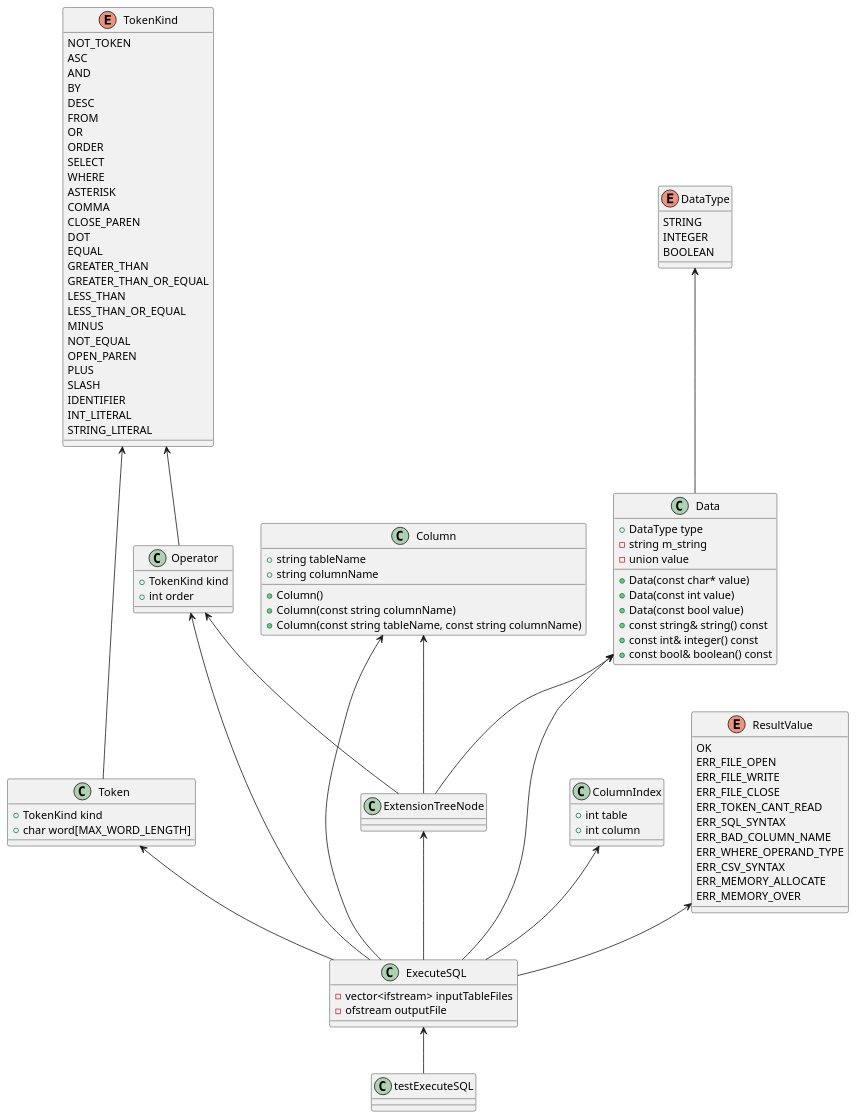
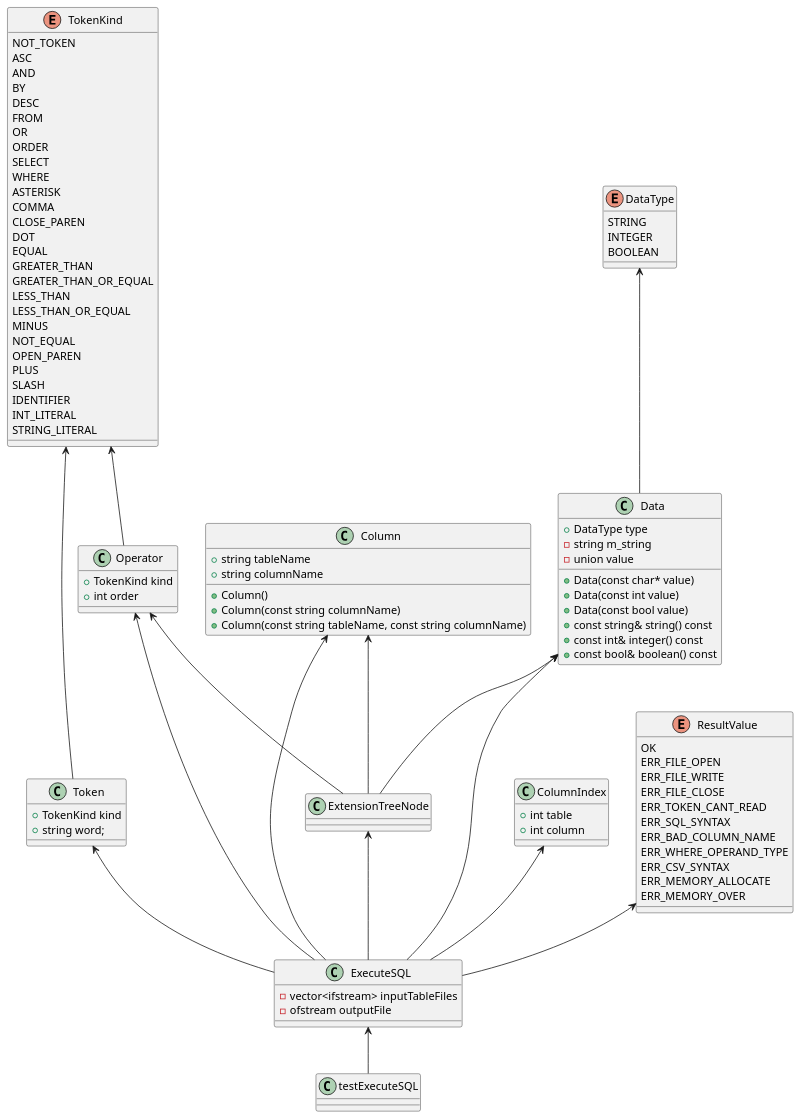
Before and after one commit to yotten/TinySQL: the diagram in ExecuteSQL.pu, drawn with PlantUML. The commit also changed 1 other file, not shown here.

```diff
--- a/ExecuteSQL.pu
+++ b/ExecuteSQL.pu
@@ -1,101 +1,101 @@
 @startuml
 
 class testExecuteSQL {}
 class ExecuteSQL {
 	-vector<ifstream> inputTableFiles
 	-ofstream outputFile
 }	
 class Data {
     +DataType type
 	-string m_string
 	-union value
 	+Data(const char* value)
 	+Data(const int value)
 	+Data(const bool value)
 	+const string& string() const
 	+const int& integer() const
 	+const bool& boolean() const
 }
 class Operator{
     +TokenKind kind
     +int order
 }
 class Token{
     +TokenKind kind
-    +char word[MAX_WORD_LENGTH]
+    +string word;
 }
 class ExtensionTreeNode{}
 class ColumnIndex{
     +int table
     +int column
 }
 class Column{
     +string tableName
     +string columnName
     +Column()
     +Column(const string columnName)
     +Column(const string tableName, const string columnName)
 }
 enum DataType{
    	STRING
 	INTEGER
 	BOOLEAN
 }
 enum TokenKind{
     NOT_TOKEN
 	ASC
 	AND
 	BY
 	DESC
 	FROM
 	OR
 	ORDER
 	SELECT
 	WHERE
 	ASTERISK
 	COMMA
 	CLOSE_PAREN
 	DOT
 	EQUAL
 	GREATER_THAN
 	GREATER_THAN_OR_EQUAL
 	LESS_THAN
 	LESS_THAN_OR_EQUAL
 	MINUS
 	NOT_EQUAL
 	OPEN_PAREN
 	PLUS
 	SLASH
 	IDENTIFIER
 	INT_LITERAL
 	STRING_LITERAL
 }
 enum ResultValue{
     OK
 	ERR_FILE_OPEN
 	ERR_FILE_WRITE
 	ERR_FILE_CLOSE
 	ERR_TOKEN_CANT_READ
 	ERR_SQL_SYNTAX
 	ERR_BAD_COLUMN_NAME
 	ERR_WHERE_OPERAND_TYPE
 	ERR_CSV_SYNTAX
 	ERR_MEMORY_ALLOCATE
 	ERR_MEMORY_OVER
 }
 
 ExecuteSQL <-- testExecuteSQL
 Data <-- ExecuteSQL
 Operator <-- ExecuteSQL
 Token <-- ExecuteSQL
 ExtensionTreeNode <-- ExecuteSQL
 ColumnIndex <-- ExecuteSQL
 Column <-- ExecuteSQL
 ResultValue <-- ExecuteSQL
 DataType <-- Data
 TokenKind <-- Token
 TokenKind <-- Operator
 Operator <-- ExtensionTreeNode
 Column <-- ExtensionTreeNode
 Data <-- ExtensionTreeNode
 @enduml
```
